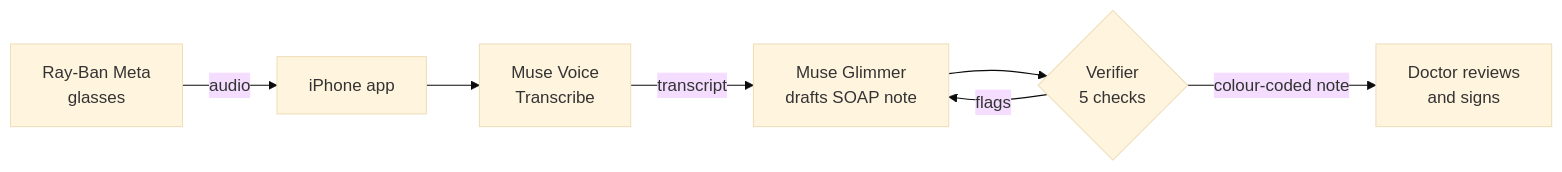
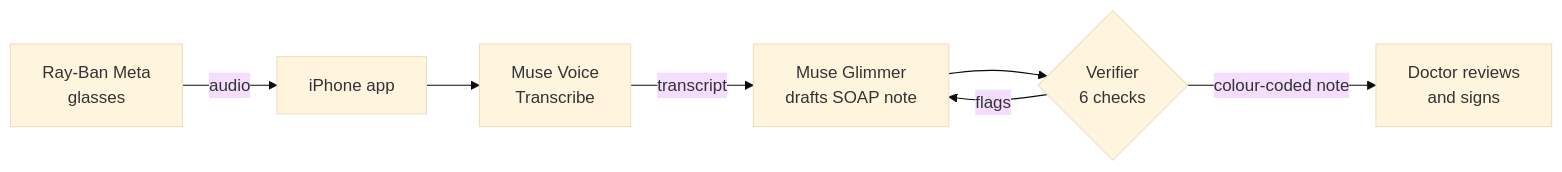
The diagram in README.md (dantermz/kora-scribe), drawn with Mermaid (base theme) before and after one commit. The commit also changed other lines of this file and 3 other files, not shown here.

````diff
--- a/README.md
+++ b/README.md
@@ -33,9 +33,9 @@
 ```mermaid
 flowchart LR
     A[Ray-Ban Meta<br/>glasses] -->|audio| B[iPhone app]
     B --> C[Muse Voice<br/>Transcribe]
     C -->|transcript| D[Muse Glimmer<br/>drafts SOAP note]
-    D --> E{Verifier<br/>5 checks}
+    D --> E{Verifier<br/>6 checks}
     E -->|flags| D
     E -->|colour-coded note| F[Doctor reviews<br/>and signs]
 ```
````
